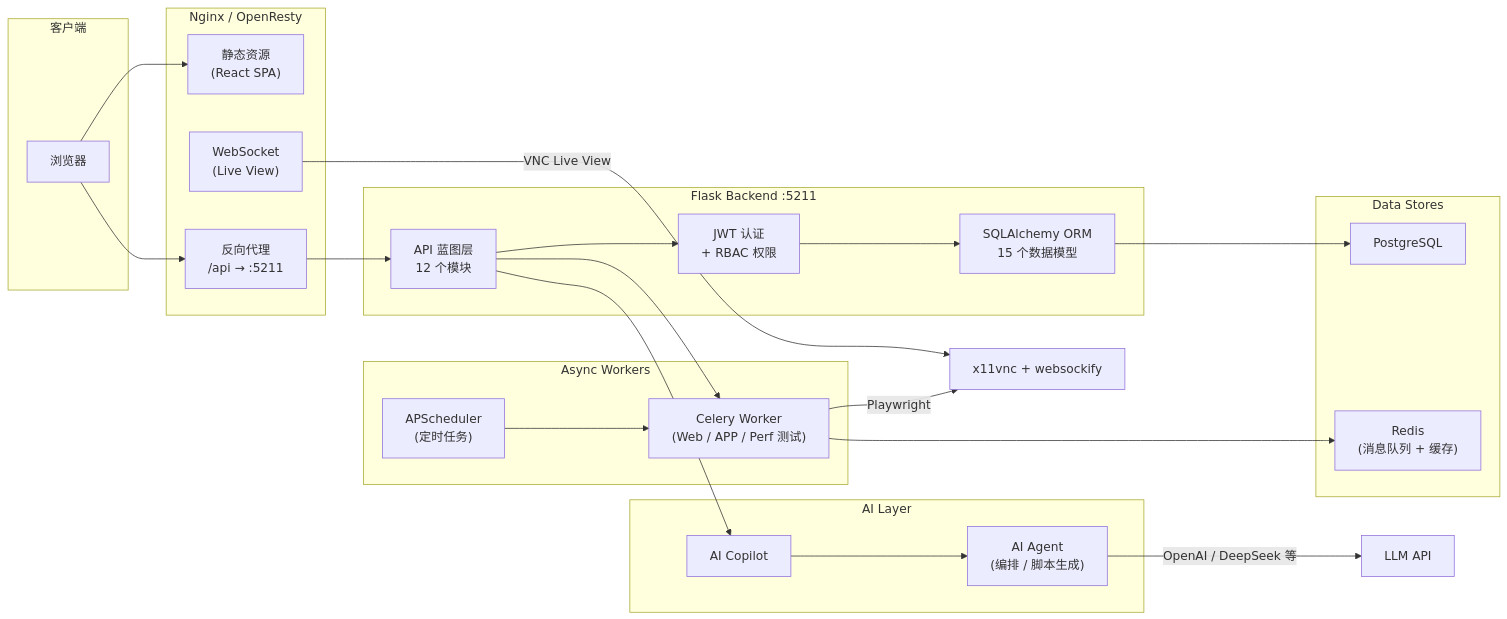
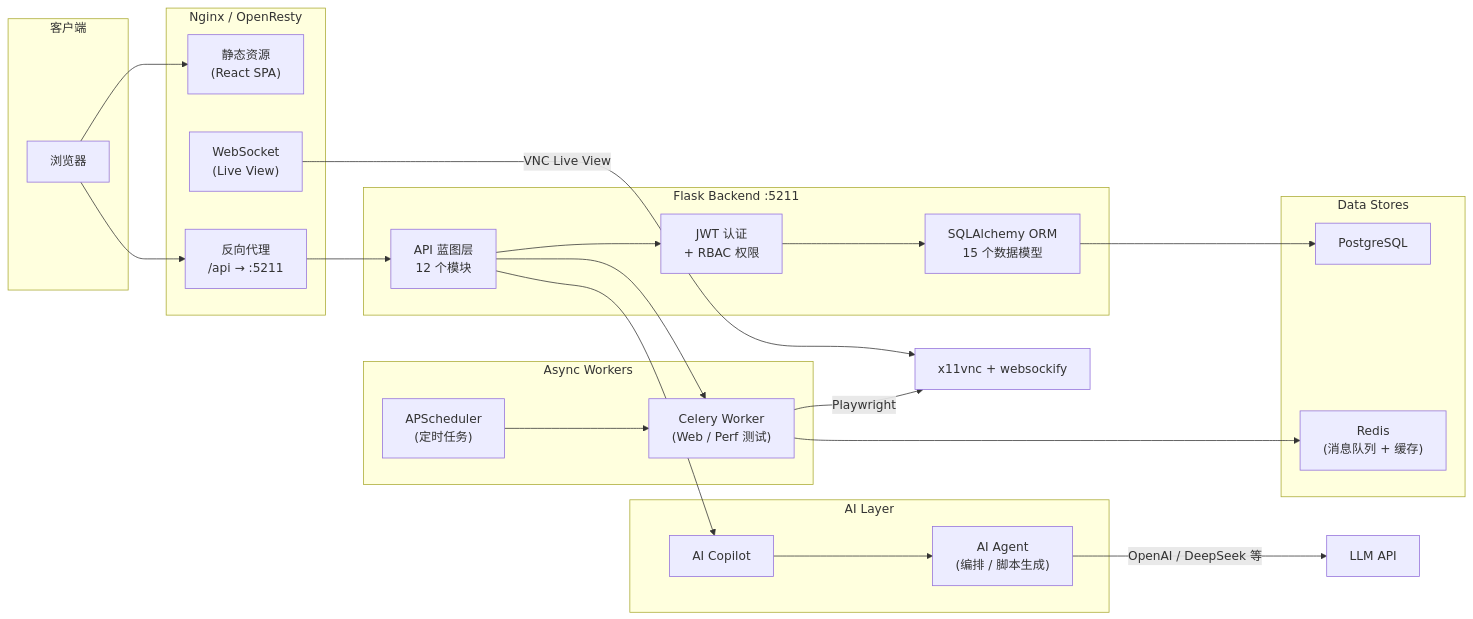
One commit to 05Huang/FullScopeTest changed the first of 9 diagrams in README.md. Above: the diagram before and after it, drawn with Mermaid. The commit also changed other lines of this file, not shown here.

First line of the commit message:
docs: 补充核心特性 — APP 测试、报告、文档等 6 项

````diff
--- a/README.md
+++ b/README.md
@@ -161,48 +159,48 @@
 ```mermaid
 graph LR
     subgraph 客户端
         Browser["浏览器"]
     end
 
     subgraph Nginx / OpenResty
         Static["静态资源<br/>(React SPA)"]
         Proxy["反向代理<br/>/api → :5211"]
         WS["WebSocket<br/>(Live View)"]
     end
 
     subgraph Flask Backend :5211
         API["API 蓝图层<br/>12 个模块"]
         Auth["JWT 认证<br/>+ RBAC 权限"]
         ORM["SQLAlchemy ORM<br/>15 个数据模型"]
     end
 
     subgraph Async Workers
-        Celery["Celery Worker<br/>(Web / APP / Perf 测试)"]
+        Celery["Celery Worker<br/>(Web / Perf 测试)"]
         Scheduler["APScheduler<br/>(定时任务)"]
     end
 
     subgraph AI Layer
         Copilot["AI Copilot"]
         Agent["AI Agent<br/>(编排 / 脚本生成)"]
     end
 
     subgraph Data Stores
         PG["PostgreSQL"]
         Redis["Redis<br/>(消息队列 + 缓存)"]
     end
 
     Browser --> Static
     Browser --> Proxy
     Proxy --> API
     API --> Auth
     Auth --> ORM
     ORM --> PG
     API --> Celery
     Celery --> Redis
     Scheduler --> Celery
     API --> Copilot
     Copilot --> Agent
     Agent -->|OpenAI / DeepSeek 等| LLM["LLM API"]
     WS -->|VNC Live View| VNC["x11vnc + websockify"]
     Celery -->|Playwright| VNC
 ```
````
